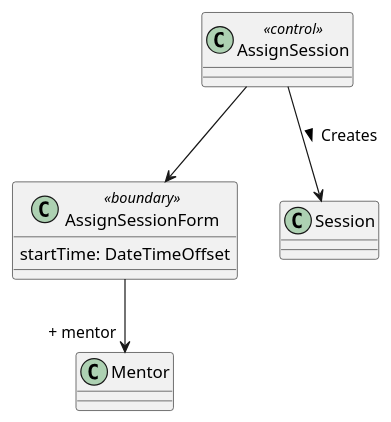
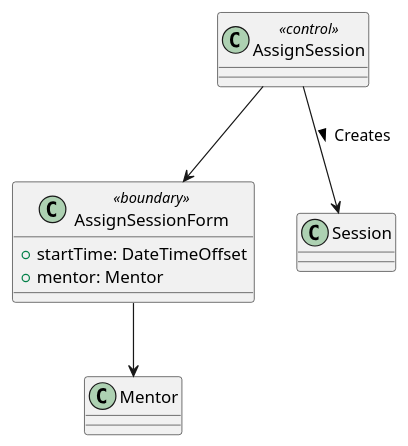
One commit to bmb0136/COMP-3700-Project changed the second of 2 diagrams in Use Cases/AssignSession.iuml. Above: the diagram before and after it, drawn with PlantUML. The commit also changed 4 other files, not shown here.

```diff
--- a/Use Cases/AssignSession.iuml
+++ b/Use Cases/AssignSession.iuml
@@ -25,9 +25,10 @@
 @startuml Assign Session Object Model
 class AssignSession <<control>> {}
 class AssignSessionForm <<boundary>> {
-  startTime: DateTimeOffset
+  + startTime: DateTimeOffset
+  + mentor: Mentor
 }
 AssignSession --> AssignSessionForm
 AssignSession --> Session: Creates >
-AssignSessionForm --> "+ mentor" Mentor
+AssignSessionForm --> Mentor
 @enduml
```
